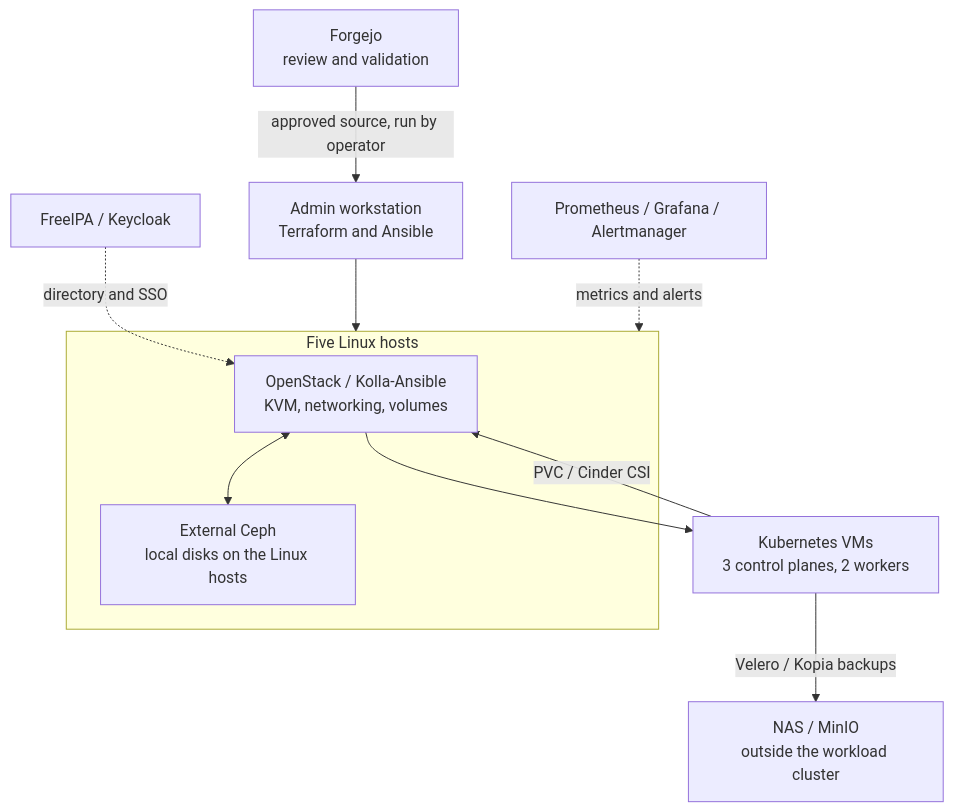
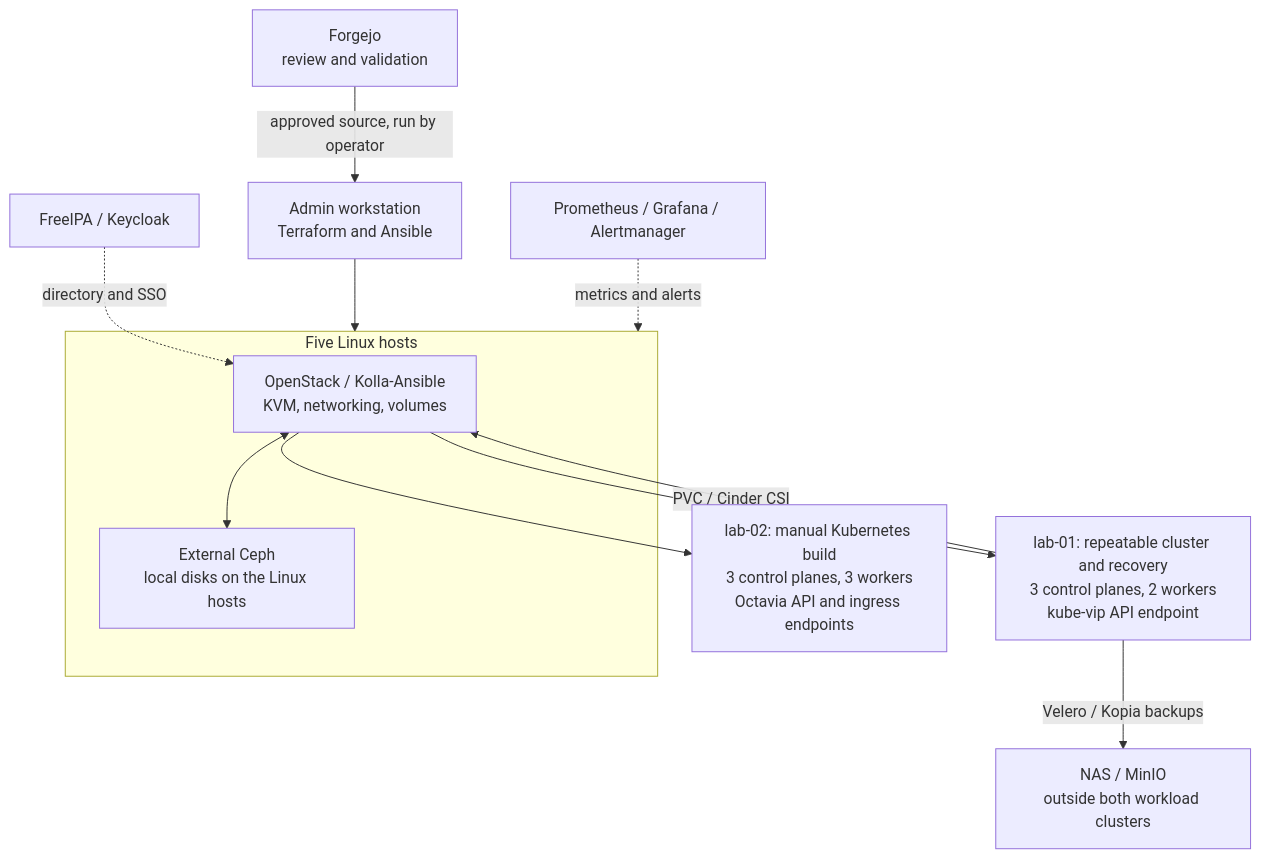
The diagram in README.md (SimplyMeRainer/homelab), drawn with Mermaid before and after one commit. The commit also changed other lines of this file and 4 other files, not shown here.

Commit message:
docs: cover both lab-01 and lab-02

````diff
--- a/README.md
+++ b/README.md
@@ -11,21 +11,20 @@
 ```mermaid
 flowchart TB
     admin["Admin workstation
 Terraform and Ansible"] --> cloud
     git["Forgejo
 review and validation"] -->|"approved source, run by operator"| admin
     subgraph cloud["Five Linux hosts"]
         os["OpenStack / Kolla-Ansible
 KVM, networking, volumes"]
         ceph["External Ceph
 local disks on the Linux hosts"]
         os <--> ceph
     end
-    os --> k8s["Kubernetes VMs
-3 control planes, 2 workers"]
-    k8s -->|"PVC / Cinder CSI"| os
-    k8s -->|"Velero / Kopia backups"| nas["NAS / MinIO
-outside the workload cluster"]
+    os --> lab01["lab-01: repeatable cluster and recovery<br/>3 control planes, 2 workers<br/>kube-vip API endpoint"]
+    os --> lab02["lab-02: manual Kubernetes build<br/>3 control planes, 3 workers<br/>Octavia API and ingress endpoints"]
+    lab01 -->|"PVC / Cinder CSI"| os
+    lab01 -->|"Velero / Kopia backups"| nas["NAS / MinIO<br/>outside both workload clusters"]
     identity["FreeIPA / Keycloak"] -. "directory and SSO" .-> os
     monitoring["Prometheus / Grafana / Alertmanager"] -. "metrics and alerts" .-> cloud
 ```
````
